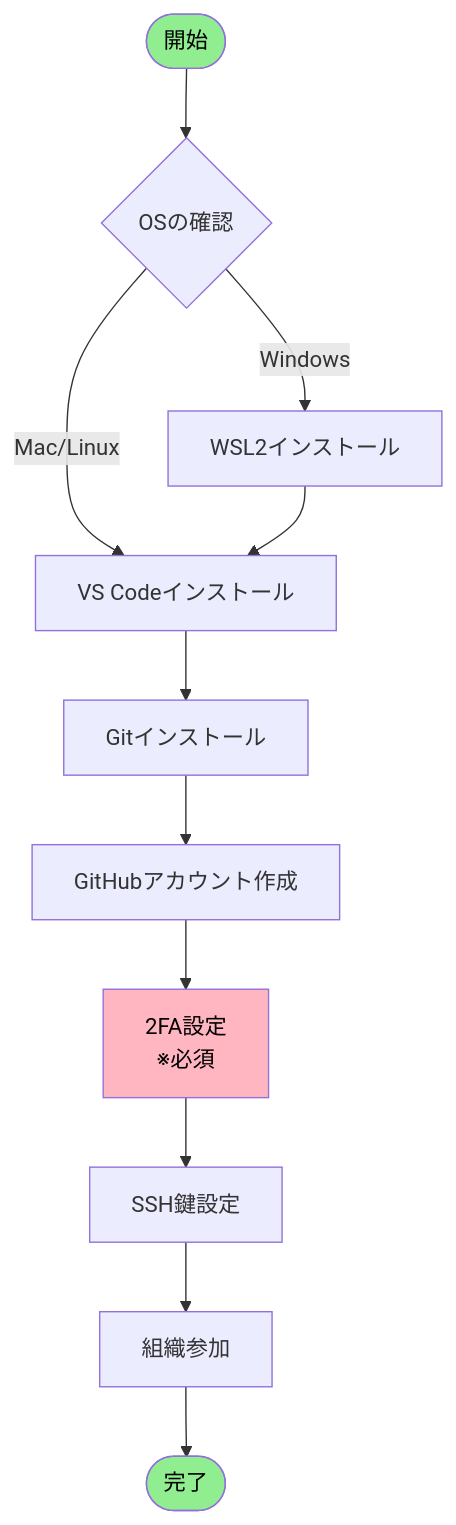
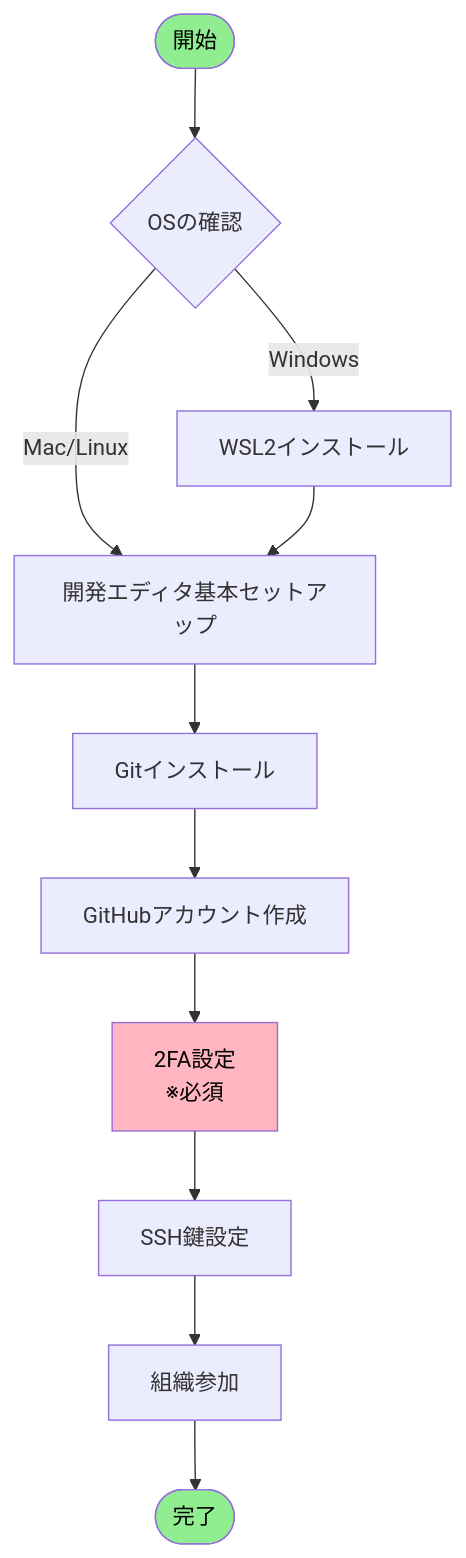
One commit to sas-com/github-guidelines changed the first of 2 diagrams in docs/onboarding/GITHUB_ENVIRONMENT_SETUP.md. Above: the diagram before and after it, drawn with Mermaid. The commit also changed other lines of this file and 1 other file, not shown here.

````diff
--- a/docs/onboarding/GITHUB_ENVIRONMENT_SETUP.md
+++ b/docs/onboarding/GITHUB_ENVIRONMENT_SETUP.md
@@ -90,17 +90,17 @@
 ```mermaid
 graph TB
     Start([開始]) --> OS{OSの確認}
     OS -->|Windows| WSL[WSL2インストール]
-    OS -->|Mac/Linux| VSCode[VS Codeインストール]
-    WSL --> VSCode
-    VSCode --> Git[Gitインストール]
+    OS -->|Mac/Linux| Editor[開発エディタ基本セットアップ]
+    WSL --> Editor
+    Editor --> Git[Gitインストール]
     Git --> GitHub[GitHubアカウント作成]
     GitHub --> TwoFA[2FA設定<br/>※必須]
     TwoFA --> SSH[SSH鍵設定]
     SSH --> Org[組織参加]
     Org --> Complete([完了])
 
     style Start fill:#90EE90,color:#000
     style Complete fill:#90EE90,color:#000
     style TwoFA fill:#FFB6C1,color:#000
 ```
````
